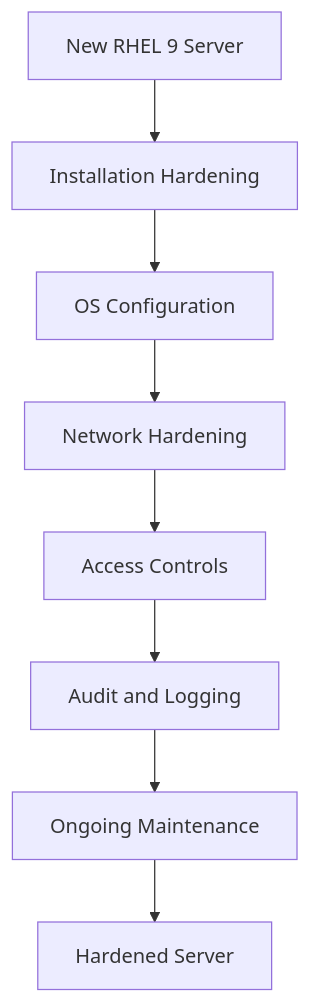
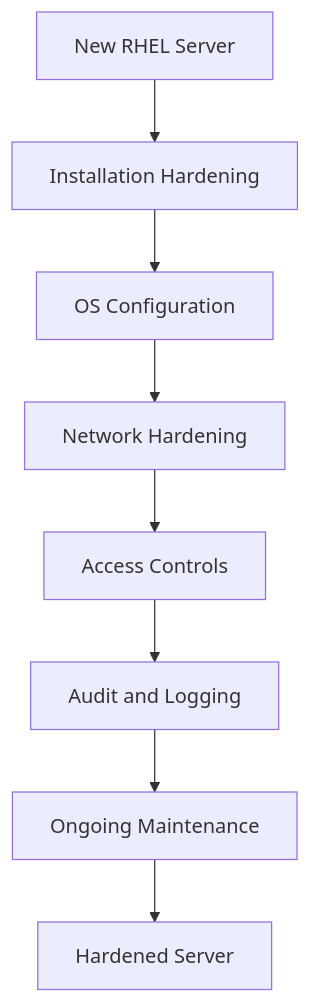
Before and after one commit to OneUptime/blog: the diagram in posts/2026-03-04-security-hardening-checklist-rhel-9/README.md, drawn with Mermaid. The commit also changed other lines of this file and 4866 other files, not shown here.

````diff
--- a/posts/2026-03-04-security-hardening-checklist-rhel-9/README.md
+++ b/posts/2026-03-04-security-hardening-checklist-rhel-9/README.md
@@ -17,10 +17,10 @@
 ```mermaid
 flowchart TD
-    A[New RHEL 9 Server] --> B[Installation Hardening]
+    A[New RHEL Server] --> B[Installation Hardening]
     B --> C[OS Configuration]
     C --> D[Network Hardening]
     D --> E[Access Controls]
     E --> F[Audit and Logging]
     F --> G[Ongoing Maintenance]
     G --> H[Hardened Server]
 ```
````
